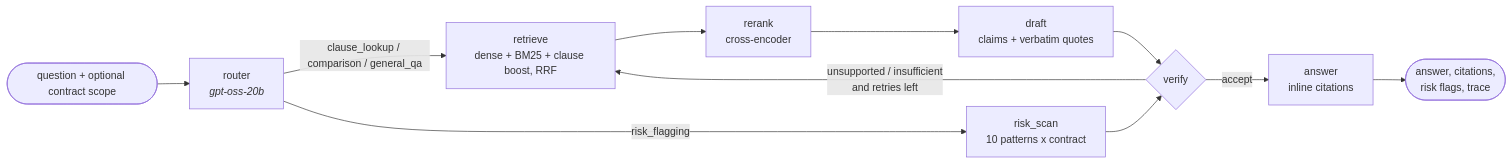
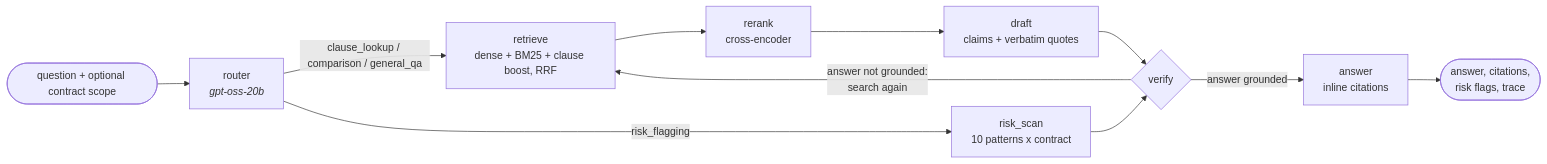
One commit to nsg365/clausewatch changed the diagram in README.md. Above: the diagram before and after it, drawn with Mermaid. The commit also changed other lines of this file, not shown here.

````diff
--- a/README.md
+++ b/README.md
@@ -13,13 +12,13 @@
 ```mermaid
 flowchart LR
     Q([question + optional contract scope]) --> R[router<br/><i>gpt-oss-20b</i>]
     R -- clause_lookup / comparison / general_qa --> RT[retrieve<br/>dense + BM25 + clause boost, RRF]
     R -- risk_flagging --> RS[risk_scan<br/>10 patterns x contract]
     RT --> RR[rerank<br/>cross-encoder]
     RR --> D[draft<br/>claims + verbatim quotes]
     D --> V{verify}
     RS --> V
-    V -- unsupported / insufficient<br/>and retries left --> RT
-    V -- accept --> A[answer<br/>inline citations]
+    V -- answer not grounded:<br/>search again --> RT
+    V -- answer grounded --> A[answer<br/>inline citations]
     A --> OUT([answer, citations,<br/>risk flags, trace])
 ```
````
